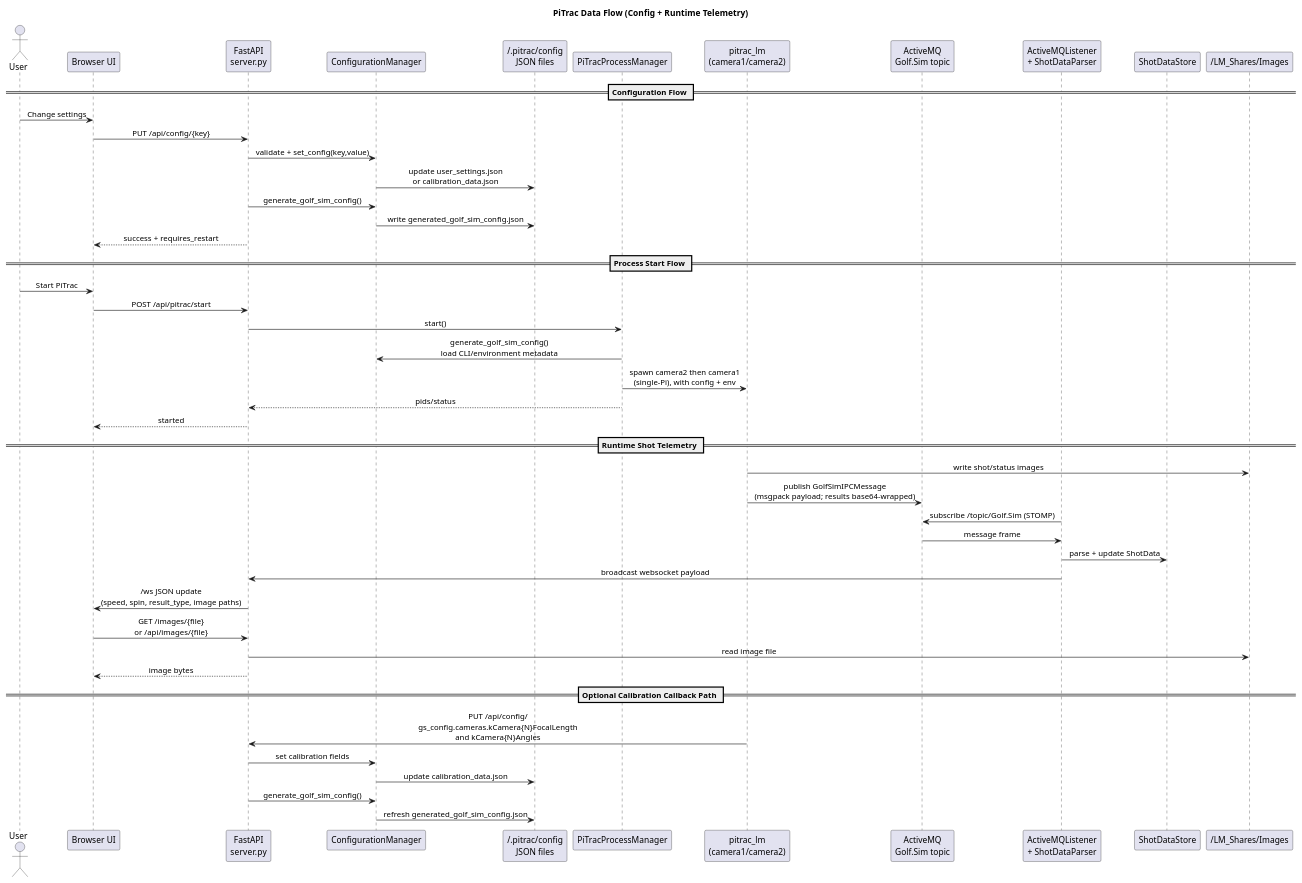
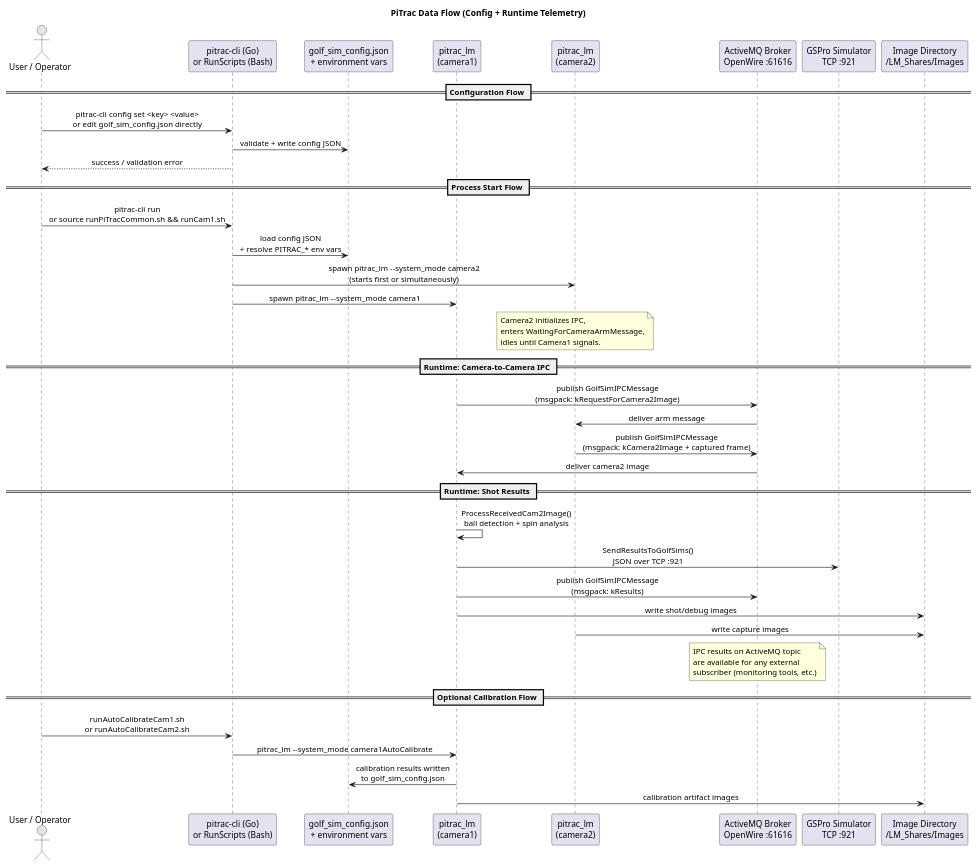
One commit to digitalhand/pitrac-light changed the diagram in assets/diagram/data-flow-overview.puml. Above: the diagram before and after it, drawn with PlantUML. The commit also changed 20 other files, not shown here.

```diff
--- a/assets/diagram/data-flow-overview.puml
+++ b/assets/diagram/data-flow-overview.puml
@@ -1,58 +1,60 @@
 @startuml
 title PiTrac Data Flow (Config + Runtime Telemetry)
 
 skinparam shadowing false
 skinparam backgroundColor white
 skinparam sequenceMessageAlign center
 skinparam responseMessageBelowArrow true
 
-actor User
-participant "Browser UI" as UI
-participant "FastAPI\nserver.py" as API
-participant "ConfigurationManager" as CFG
-participant "~/.pitrac/config\nJSON files" as FILES
-participant "PiTracProcessManager" as PM
-participant "pitrac_lm\n(camera1/camera2)" as LM
-participant "ActiveMQ\nGolf.Sim topic" as MQ
-participant "ActiveMQListener\n+ ShotDataParser" as LISTENER
-participant "ShotDataStore" as STORE
-participant "~/LM_Shares/Images" as IMGDIR
+actor "User / Operator" as User
+participant "pitrac-cli (Go)\nor RunScripts (Bash)" as CLI
+participant "golf_sim_config.json\n+ environment vars" as CFG
+participant "pitrac_lm\n(camera1)" as CAM1
+participant "pitrac_lm\n(camera2)" as CAM2
+participant "ActiveMQ Broker\nOpenWire :61616" as MQ
+participant "GSPro Simulator\nTCP :921" as SIM
+participant "Image Directory\n~/LM_Shares/Images" as IMGDIR
 
 == Configuration Flow ==
-User -> UI : Change settings
-UI -> API : PUT /api/config/{key}
-API -> CFG : validate + set_config(key,value)
-CFG -> FILES : update user_settings.json\nor calibration_data.json
-API -> CFG : generate_golf_sim_config()
-CFG -> FILES : write generated_golf_sim_config.json
-API --> UI : success + requires_restart
+User -> CLI : pitrac-cli config set <key> <value>\nor edit golf_sim_config.json directly
+CLI -> CFG : validate + write config JSON
+CLI --> User : success / validation error
 
 == Process Start Flow ==
-User -> UI : Start PiTrac
-UI -> API : POST /api/pitrac/start
-API -> PM : start()
-PM -> CFG : generate_golf_sim_config()\nload CLI/environment metadata
-PM -> LM : spawn camera2 then camera1\n(single-Pi), with config + env
-PM --> API : pids/status
-API --> UI : started
+User -> CLI : pitrac-cli run\nor source runPiTracCommon.sh && runCam1.sh
+CLI -> CFG : load config JSON\n+ resolve PITRAC_* env vars
+CLI -> CAM2 : spawn pitrac_lm --system_mode camera2\n(starts first or simultaneously)
+CLI -> CAM1 : spawn pitrac_lm --system_mode camera1
 
-== Runtime Shot Telemetry ==
-LM -> IMGDIR : write shot/status images
-LM -> MQ : publish GolfSimIPCMessage\n(msgpack payload; results base64-wrapped)
-LISTENER -> MQ : subscribe /topic/Golf.Sim (STOMP)
-MQ -> LISTENER : message frame
-LISTENER -> STORE : parse + update ShotData
-LISTENER -> API : broadcast websocket payload
-API -> UI : /ws JSON update\n(speed, spin, result_type, image paths)
-UI -> API : GET /images/{file}\nor /api/images/{file}
-API -> IMGDIR : read image file
-API --> UI : image bytes
+note over CAM2
+  Camera2 initializes IPC,
+  enters WaitingForCameraArmMessage,
+  idles until Camera1 signals.
+end note
 
-== Optional Calibration Callback Path ==
-LM -> API : PUT /api/config/\ngs_config.cameras.kCamera{N}FocalLength\nand kCamera{N}Angles
-API -> CFG : set calibration fields
-CFG -> FILES : update calibration_data.json
-API -> CFG : generate_golf_sim_config()
-CFG -> FILES : refresh generated_golf_sim_config.json
+== Runtime: Camera-to-Camera IPC ==
+CAM1 -> MQ : publish GolfSimIPCMessage\n(msgpack: kRequestForCamera2Image)
+MQ -> CAM2 : deliver arm message
+CAM2 -> MQ : publish GolfSimIPCMessage\n(msgpack: kCamera2Image + captured frame)
+MQ -> CAM1 : deliver camera2 image
+
+== Runtime: Shot Results ==
+CAM1 -> CAM1 : ProcessReceivedCam2Image()\nball detection + spin analysis
+CAM1 -> SIM : SendResultsToGolfSims()\nJSON over TCP :921
+CAM1 -> MQ : publish GolfSimIPCMessage\n(msgpack: kResults)
+CAM1 -> IMGDIR : write shot/debug images
+CAM2 -> IMGDIR : write capture images
+
+note over MQ
+  IPC results on ActiveMQ topic
+  are available for any external
+  subscriber (monitoring tools, etc.)
+end note
+
+== Optional Calibration Flow ==
+User -> CLI : runAutoCalibrateCam1.sh\nor runAutoCalibrateCam2.sh
+CLI -> CAM1 : pitrac_lm --system_mode camera1AutoCalibrate
+CAM1 -> CFG : calibration results written\nto golf_sim_config.json
+CAM1 -> IMGDIR : calibration artifact images
 
 @enduml
```
